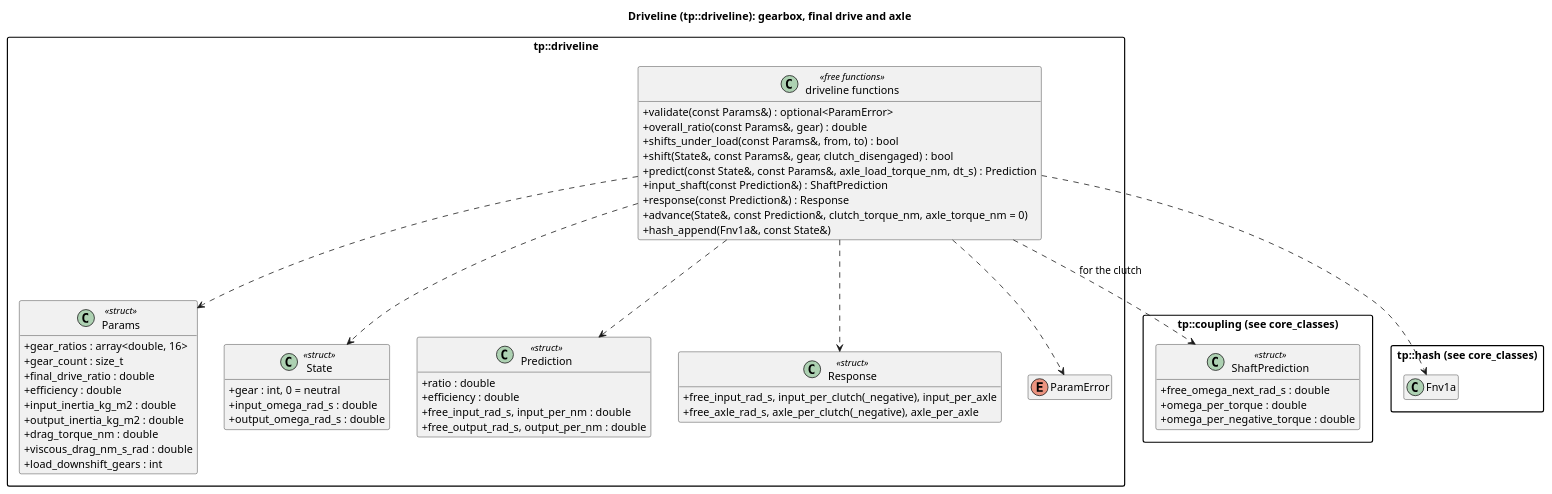
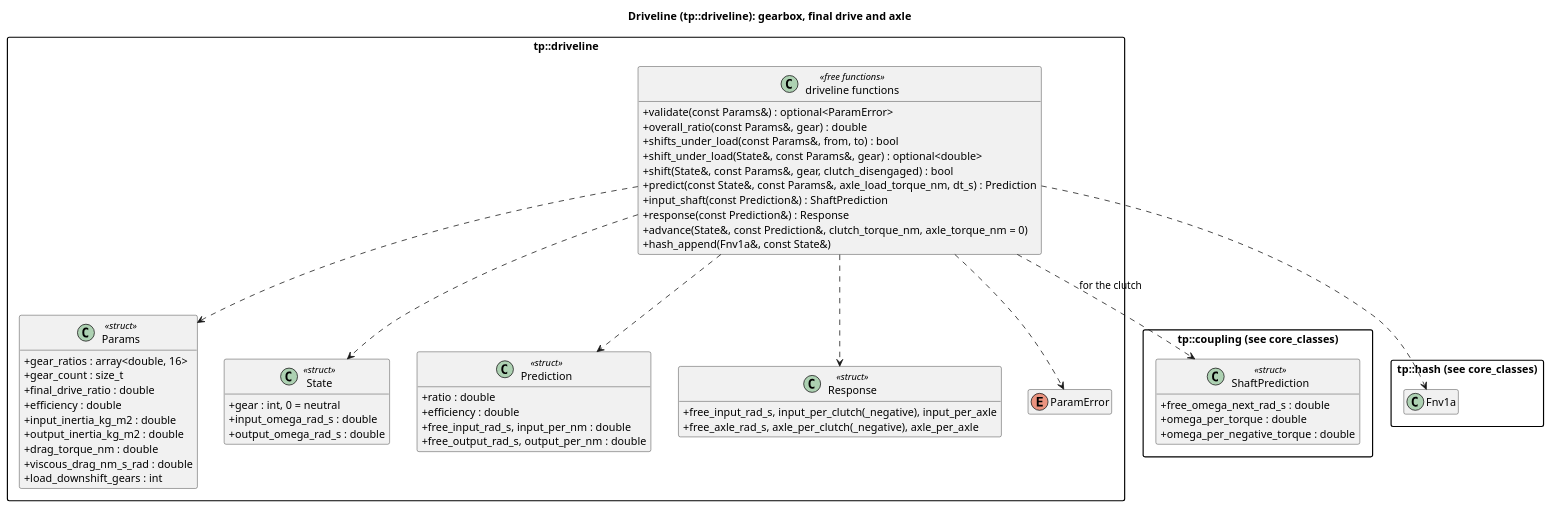
The diagram in docs/diagrams/driveline_classes.puml (wversteeg/TractorPulling), drawn with PlantUML before and after one commit. The commit also changed 14 other files, not shown here.

```diff
--- a/docs/diagrams/driveline_classes.puml
+++ b/docs/diagrams/driveline_classes.puml
@@ -1,65 +1,66 @@
 @startuml driveline_classes
 title Driveline (tp::driveline): gearbox, final drive and axle
 hide empty members
 skinparam packageStyle rectangle
 skinparam classAttributeIconSize 0
 
 package "tp::coupling (see core_classes)" {
   class ShaftPrediction <<struct>> {
     +free_omega_next_rad_s : double
     +omega_per_torque : double
     +omega_per_negative_torque : double
   }
 }
 package "tp::hash (see core_classes)" {
   class Fnv1a
 }
 
 package "tp::driveline" {
   class Params <<struct>> {
     +gear_ratios : array<double, 16>
     +gear_count : size_t
     +final_drive_ratio : double
     +efficiency : double
     +input_inertia_kg_m2 : double
     +output_inertia_kg_m2 : double
     +drag_torque_nm : double
     +viscous_drag_nm_s_rad : double
     +load_downshift_gears : int
   }
   class State <<struct>> {
     +gear : int, 0 = neutral
     +input_omega_rad_s : double
     +output_omega_rad_s : double
   }
   class Prediction <<struct>> {
     +ratio : double
     +efficiency : double
     +free_input_rad_s, input_per_nm : double
     +free_output_rad_s, output_per_nm : double
   }
   class Response <<struct>> {
     +free_input_rad_s, input_per_clutch(_negative), input_per_axle
     +free_axle_rad_s, axle_per_clutch(_negative), axle_per_axle
   }
   enum ParamError
   class "driveline functions" as DrivelineFns <<free functions>> {
     +validate(const Params&) : optional<ParamError>
     +overall_ratio(const Params&, gear) : double
     +shifts_under_load(const Params&, from, to) : bool
+    +shift_under_load(State&, const Params&, gear) : optional<double>
     +shift(State&, const Params&, gear, clutch_disengaged) : bool
     +predict(const State&, const Params&, axle_load_torque_nm, dt_s) : Prediction
     +input_shaft(const Prediction&) : ShaftPrediction
     +response(const Prediction&) : Response
     +advance(State&, const Prediction&, clutch_torque_nm, axle_torque_nm = 0)
     +hash_append(Fnv1a&, const State&)
   }
   DrivelineFns ..> Params
   DrivelineFns ..> State
   DrivelineFns ..> Prediction
   DrivelineFns ..> Response
   DrivelineFns ..> ParamError
 }
 DrivelineFns ..> ShaftPrediction : for the clutch
 DrivelineFns ..> Fnv1a
 @enduml
```
